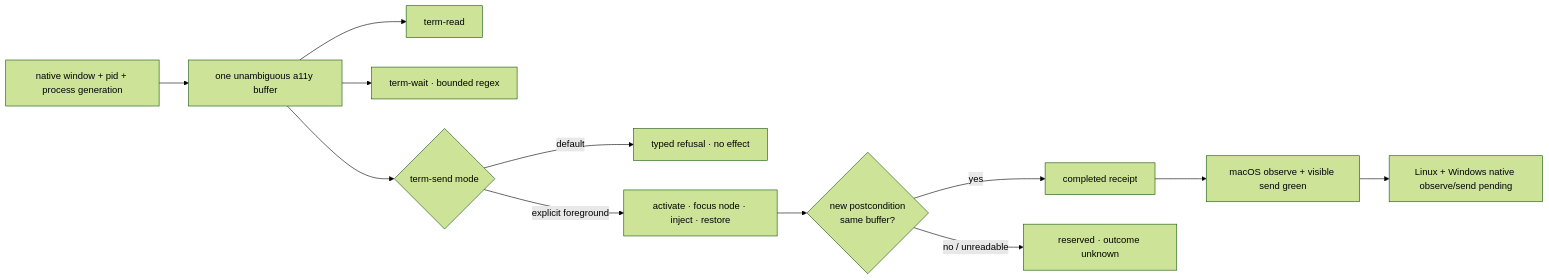
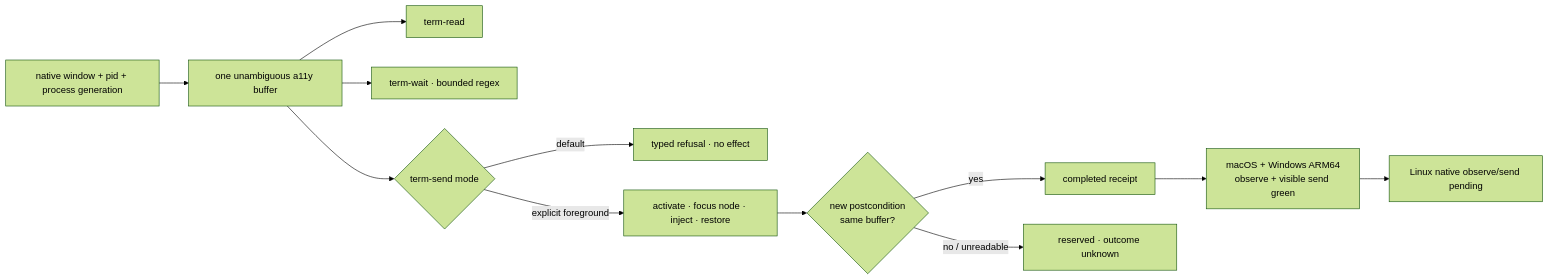
Diagram 12 of 12 in prd/PRD_02_28_agenterm_cu.md (partnernetsoftware/agenterm), drawn with Mermaid (forest theme) before and after one commit. The commit also changed other lines of this file and 10 other files, not shown here.

Commit message:
test(cu): add Linux external terminal send court

````diff
--- a/prd/PRD_02_28_agenterm_cu.md
+++ b/prd/PRD_02_28_agenterm_cu.md
@@ -1559,14 +1560,14 @@
   ```mermaid
   flowchart LR
     W["native window + pid + process generation"] --> B["one unambiguous a11y buffer"]
     B --> R["term-read"]
     B --> T["term-wait · bounded regex"]
     B --> S{"term-send mode"}
     S -->|default| X["typed refusal · no effect"]
     S -->|explicit foreground| F["activate · focus node · inject · restore"]
     F --> V{"new postcondition<br/>same buffer?"}
     V -->|yes| C["completed receipt"]
     V -->|no / unreadable| U["reserved · outcome unknown"]
-    C --> M["macOS observe + visible send green"]
-    M --> P["Linux + Windows native observe/send pending"]
+    C --> MW["macOS + Windows ARM64<br/>observe + visible send green"]
+    MW --> P["Linux native observe/send pending"]
   ```
````
